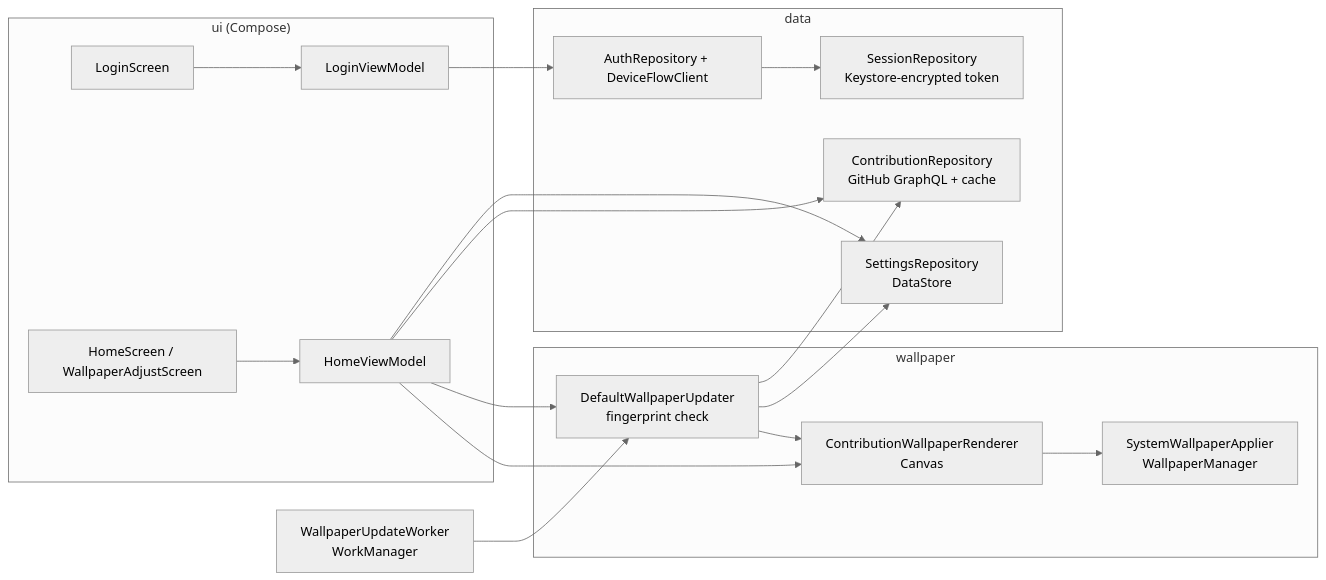
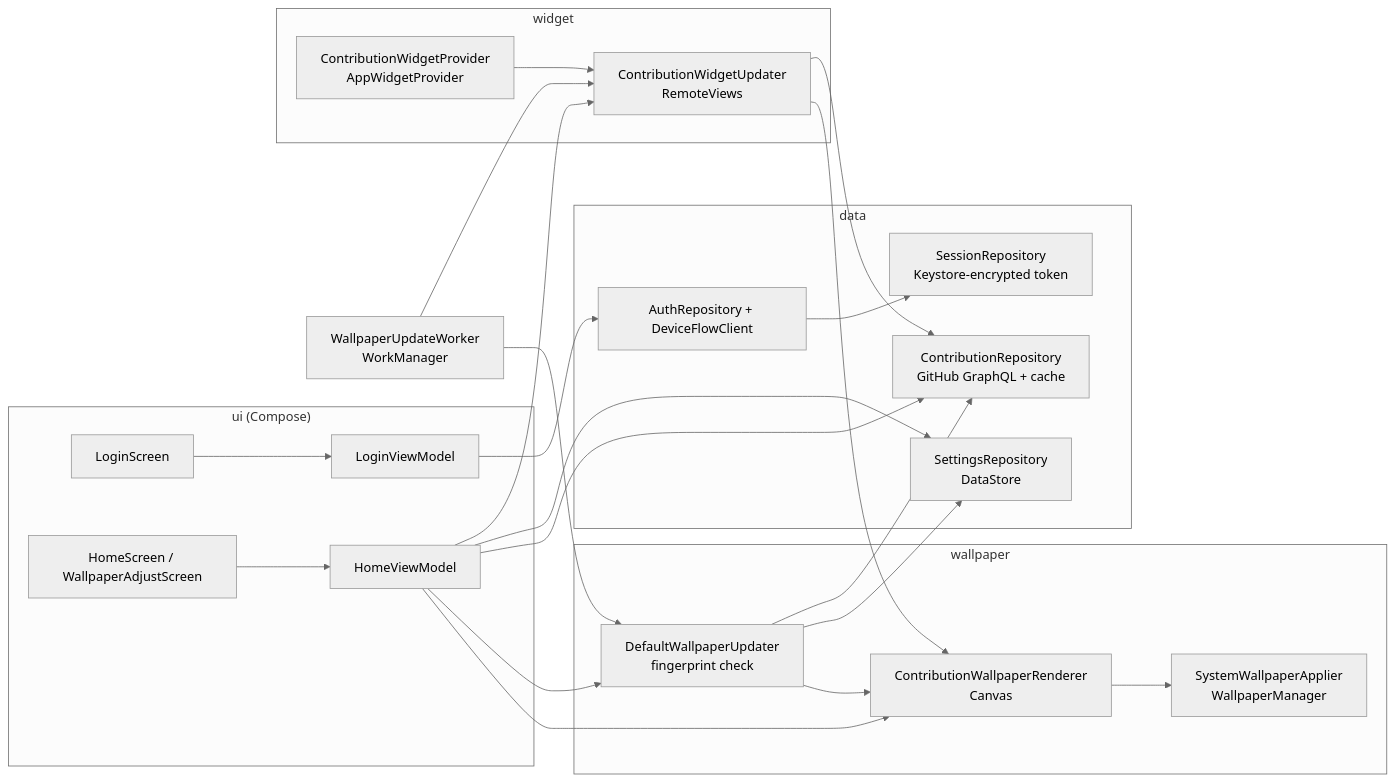
One commit to lucasmarujo/git-android-wallpaper changed the diagram in README.md. Above: the diagram before and after it, drawn with Mermaid (neutral theme). The commit also changed other lines of this file and 44 other files, not shown here.

First line of the commit message:
feat: resizable home screen widget

````diff
--- a/README.md
+++ b/README.md
@@ -185,27 +204,36 @@
 ```mermaid
 flowchart LR
     subgraph UI["ui (Compose)"]
         Login[LoginScreen] --> LoginVM[LoginViewModel]
         Home[HomeScreen / WallpaperAdjustScreen] --> HomeVM[HomeViewModel]
     end
     subgraph Data["data"]
         Auth[AuthRepository + DeviceFlowClient]
         Session[SessionRepository<br/>Keystore-encrypted token]
         Contrib[ContributionRepository<br/>GitHub GraphQL + cache]
         Settings[SettingsRepository<br/>DataStore]
     end
     subgraph Wallpaper["wallpaper"]
         Updater[DefaultWallpaperUpdater<br/>fingerprint check]
         Renderer[ContributionWallpaperRenderer<br/>Canvas]
         Applier[SystemWallpaperApplier<br/>WallpaperManager]
     end
+    subgraph Widget["widget"]
+        Provider[ContributionWidgetProvider<br/>AppWidgetProvider]
+        WidgetUpd[ContributionWidgetUpdater<br/>RemoteViews]
+    end
     Worker[WallpaperUpdateWorker<br/>WorkManager] --> Updater
+    Worker --> WidgetUpd
+    Provider --> WidgetUpd
+    HomeVM --> WidgetUpd
+    WidgetUpd --> Contrib
+    WidgetUpd --> Renderer
     LoginVM --> Auth --> Session
     HomeVM --> Settings
     HomeVM --> Contrib
     HomeVM --> Updater
     HomeVM --> Renderer
     Updater --> Contrib
     Updater --> Settings
     Updater --> Renderer --> Applier
 ```
````
